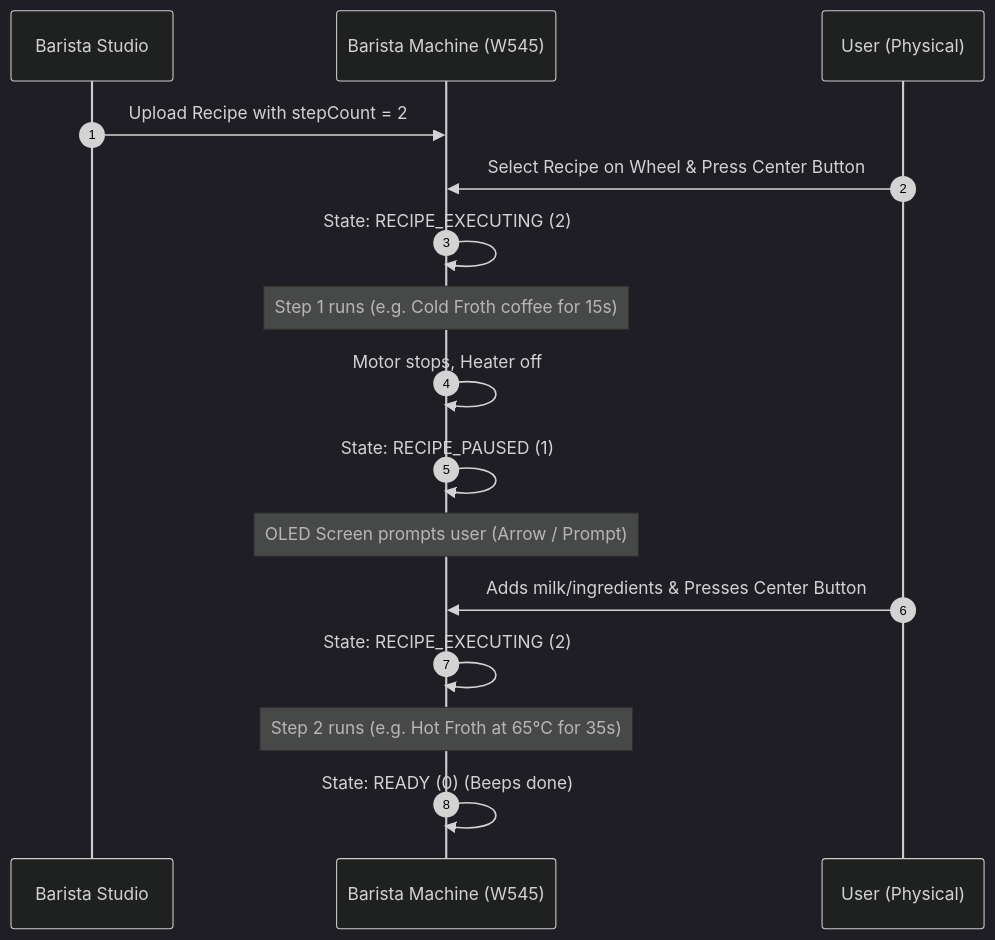
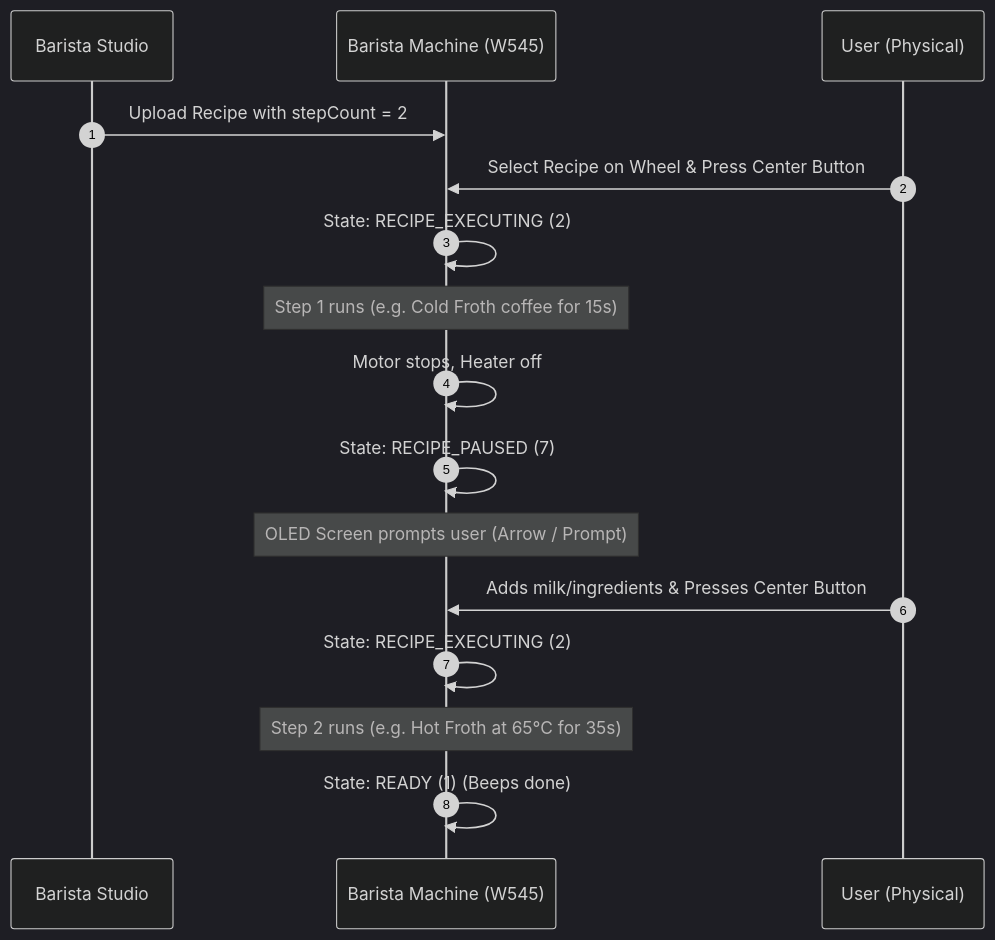
One commit to Rosselman/barista-studio changed the diagram in README.md. Above: the diagram before and after it, drawn with Mermaid (dark theme). The commit also changed other lines of this file and 3 other files, not shown here.

````diff
--- a/README.md
+++ b/README.md
@@ -202,19 +202,19 @@
 ```mermaid
 sequenceDiagram
     autonumber
     participant App as Barista Studio
     participant Barista as Barista Machine (W545)
     participant User as User (Physical)
 
     App->>Barista: Upload Recipe with stepCount = 2
     User->>Barista: Select Recipe on Wheel & Press Center Button
     Barista->>Barista: State: RECIPE_EXECUTING (2)
     Note over Barista: Step 1 runs (e.g. Cold Froth coffee for 15s)
     Barista->>Barista: Motor stops, Heater off
-    Barista->>Barista: State: RECIPE_PAUSED (1)
+    Barista->>Barista: State: RECIPE_PAUSED (7)
     Note over Barista: OLED Screen prompts user (Arrow / Prompt)
     User->>Barista: Adds milk/ingredients & Presses Center Button
     Barista->>Barista: State: RECIPE_EXECUTING (2)
     Note over Barista: Step 2 runs (e.g. Hot Froth at 65°C for 35s)
-    Barista->>Barista: State: READY (0) (Beeps done)
+    Barista->>Barista: State: READY (1) (Beeps done)
 ```
````
